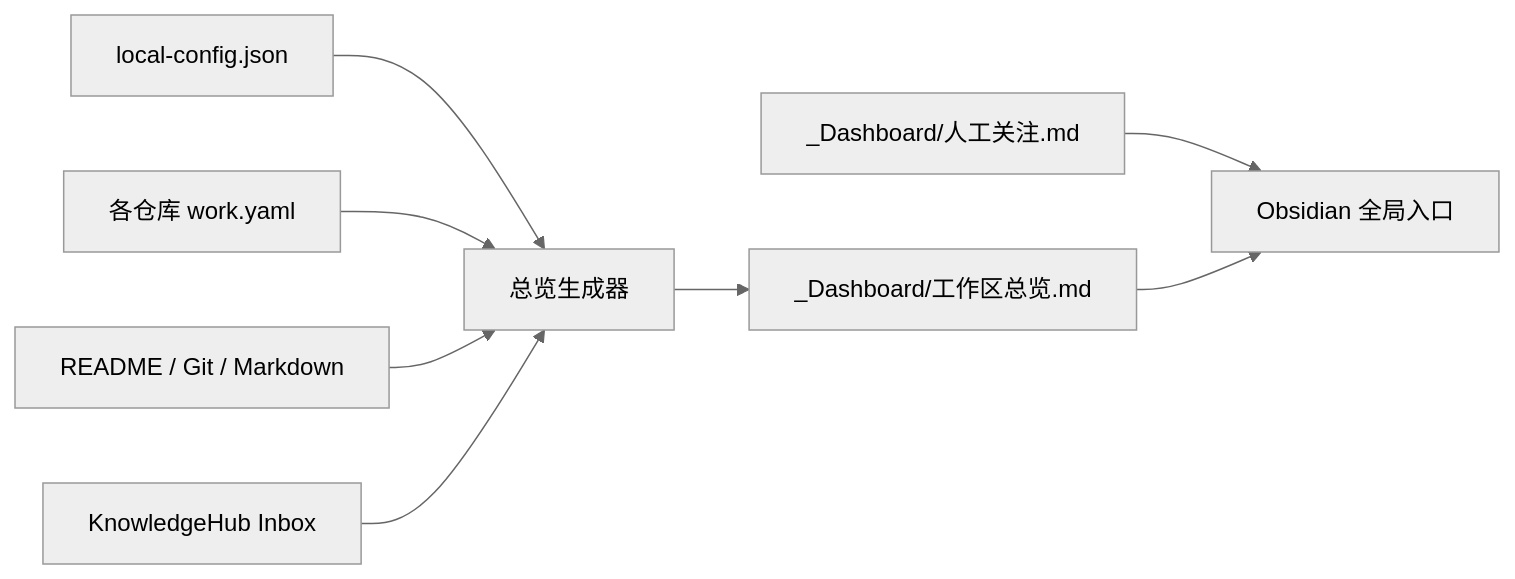
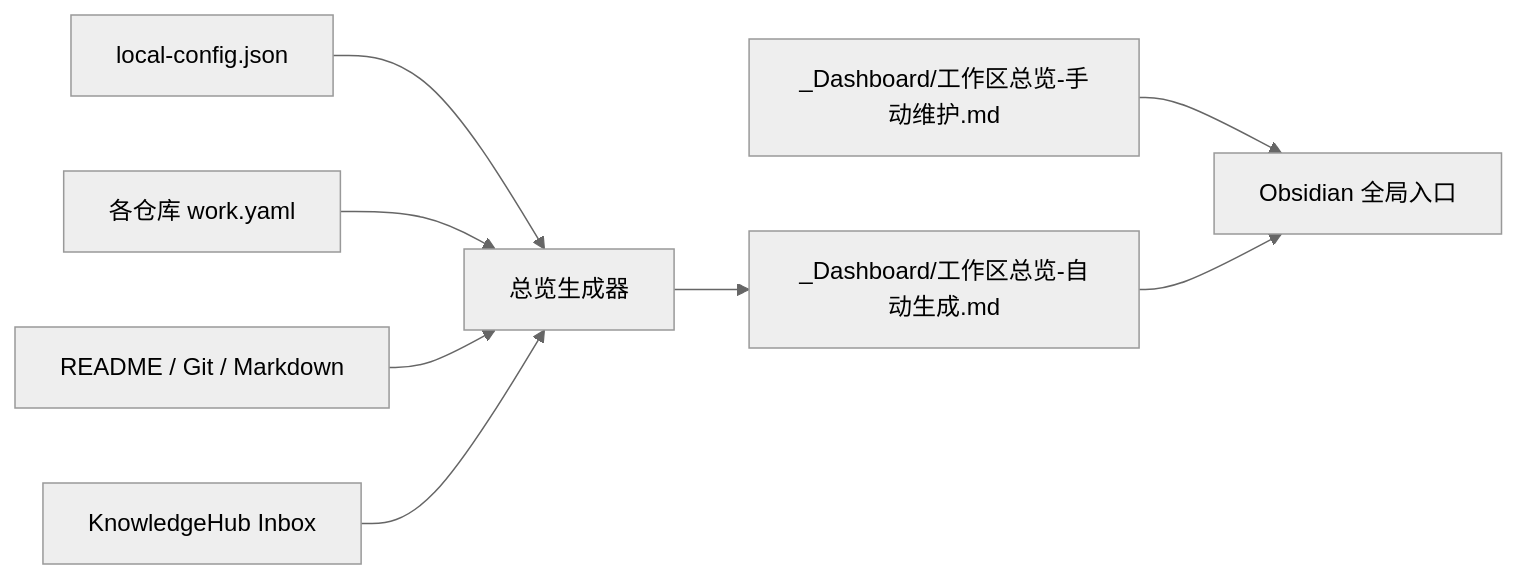
One commit to MaybeToSure/KnowledgeHub-Framework changed the diagram in docs/工作区总览.md. Above: the diagram before and after it, drawn with Mermaid (neutral theme). The commit also changed other lines of this file and 8 other files, not shown here.

````diff
--- a/docs/工作区总览.md
+++ b/docs/工作区总览.md
@@ -9,10 +9,10 @@
 ```mermaid
 flowchart LR
     C["local-config.json"] --> G["总览生成器"]
     W["各仓库 work.yaml"] --> G
     R["README / Git / Markdown"] --> G
     I["KnowledgeHub Inbox"] --> G
-    G --> O["_Dashboard/工作区总览.md"]
-    H["_Dashboard/人工关注.md"] --> V["Obsidian 全局入口"]
+    G --> O["_Dashboard/工作区总览-自动生成.md"]
+    H["_Dashboard/工作区总览-手动维护.md"] --> V["Obsidian 全局入口"]
     O --> V
 ```
````
